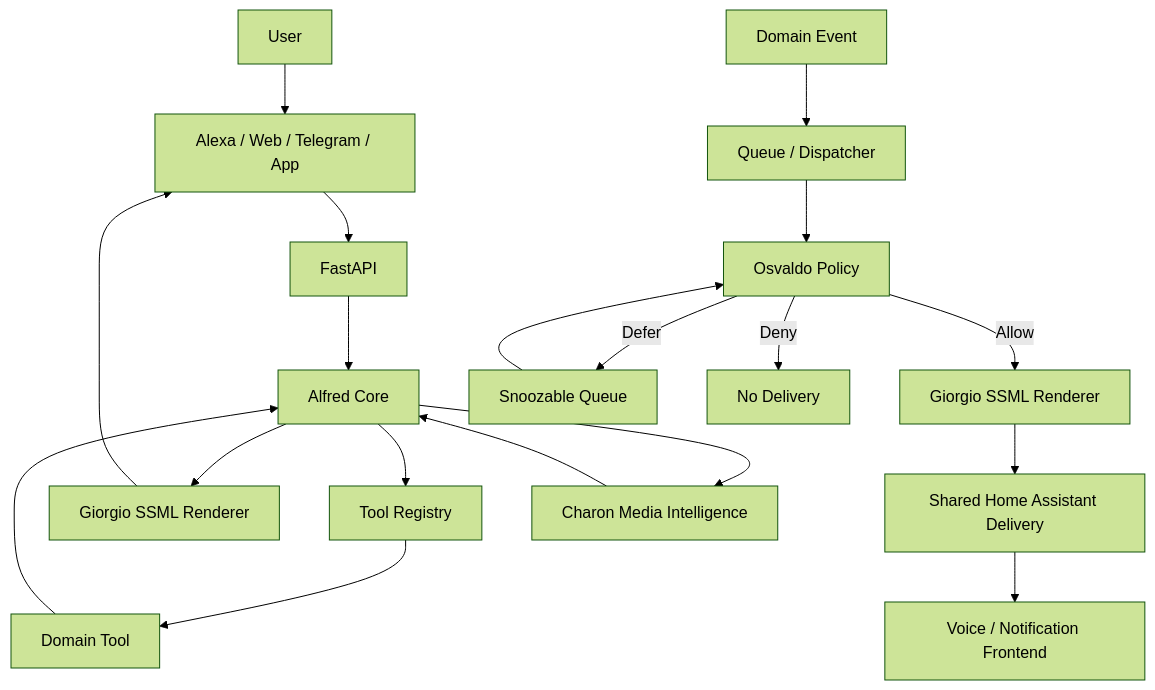
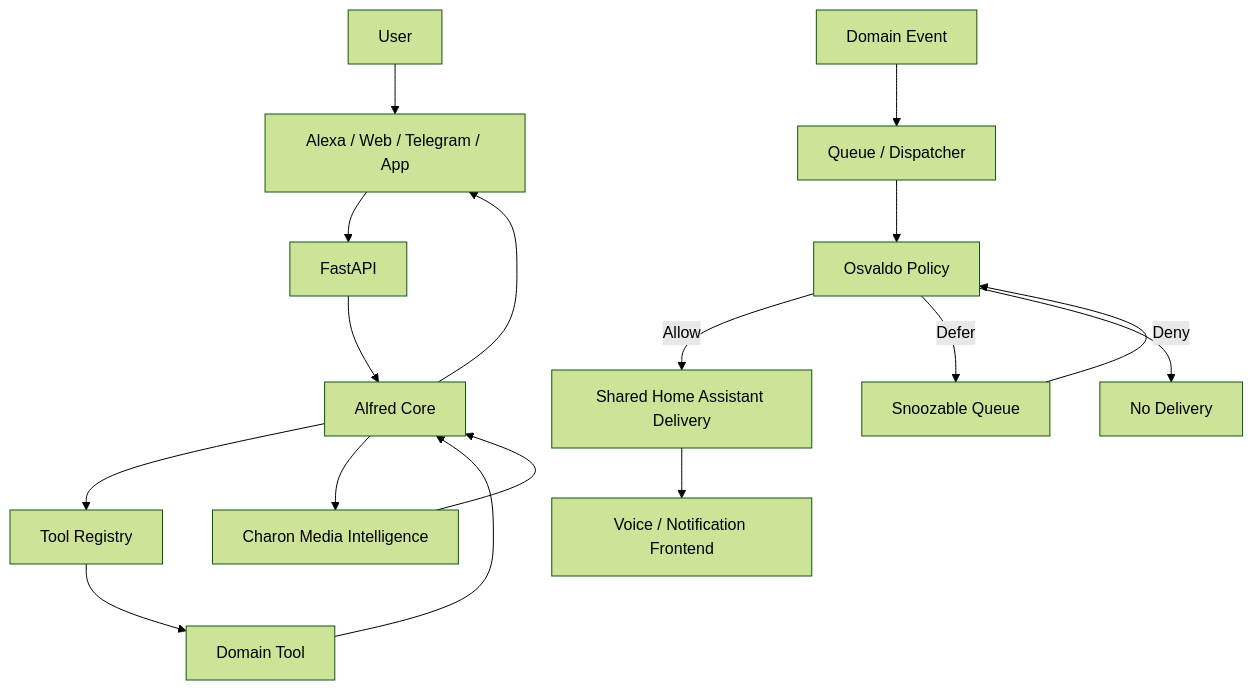
One commit to keriol/Iot-home-automation changed the diagram in docs/diagrams/alfred-ecosystem-flow.md. Above: the diagram before and after it, drawn with Mermaid (forest theme). The commit also changed other lines of this file and 13 other files, not shown here.

Commit message:
fix(docs): remove false Giorgio architecture component

````diff
--- a/docs/diagrams/alfred-ecosystem-flow.md
+++ b/docs/diagrams/alfred-ecosystem-flow.md
@@ -3,25 +3,23 @@
 ```mermaid
 flowchart TD
     User[User] --> Frontend[Alexa / Web / Telegram / App]
     Frontend --> API[FastAPI]
     API --> Alfred[Alfred Core]
     Alfred --> Registry[Tool Registry]
     Registry --> Tool[Domain Tool]
     Tool --> Alfred
-    Alfred --> Giorgio[Giorgio SSML Renderer]
-    Giorgio --> Frontend
+    Alfred --> Frontend
 
     Event[Domain Event] --> Queue[Queue / Dispatcher]
     Queue --> Osvaldo[Osvaldo Policy]
 
-    Osvaldo -->|Allow| ProactiveSpeech[Giorgio SSML Renderer]
+    Osvaldo -->|Allow| Delivery[Shared Home Assistant Delivery]
     Osvaldo -->|Defer| Snoozable[Snoozable Queue]
     Osvaldo -->|Deny| NoDelivery[No Delivery]
 
     Snoozable --> Osvaldo
-    ProactiveSpeech --> Delivery[Shared Home Assistant Delivery]
     Delivery --> NotificationFrontend[Voice / Notification Frontend]
 
     Alfred --> Charon[Charon Media Intelligence]
     Charon --> Alfred
 ```
````
